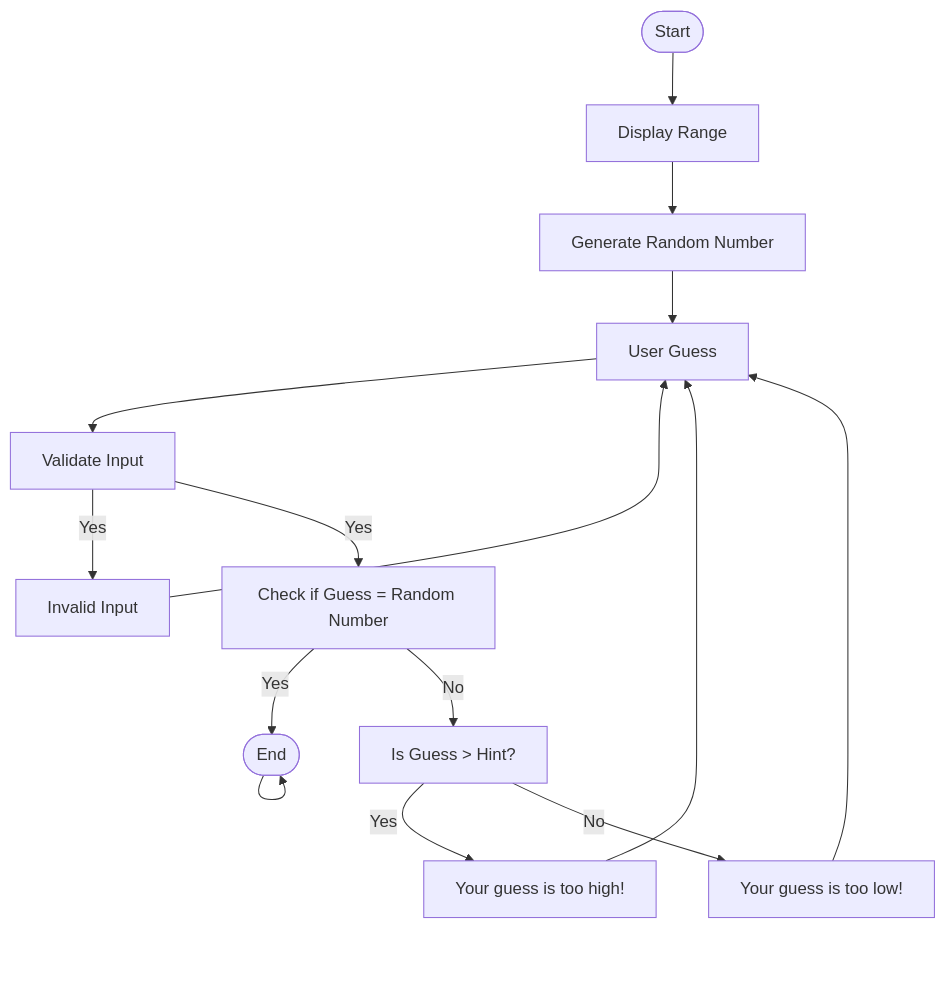
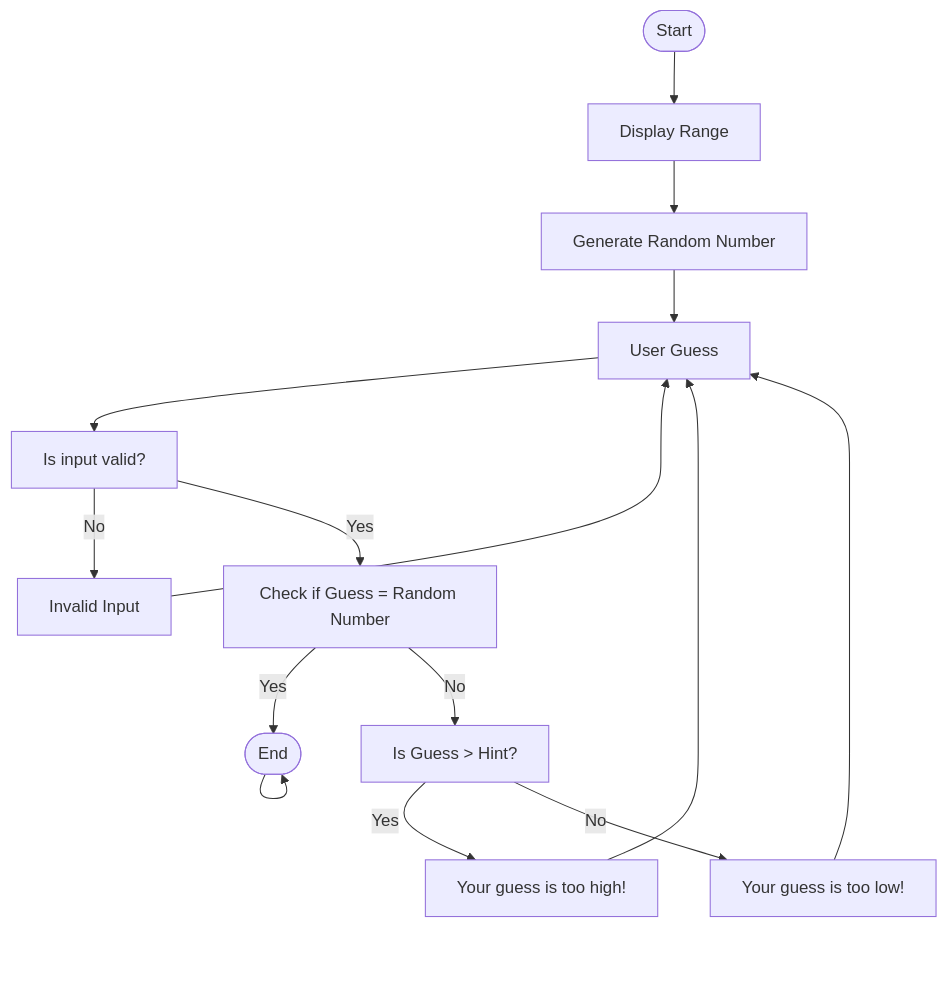
One commit to rfk-waketech/rfk-waketech.github.io changed the diagram in Guessing.md. Above: the diagram before and after it, drawn with Mermaid.

````diff
--- a/Guessing.md
+++ b/Guessing.md
@@ -1,13 +1,13 @@
 ```mermaid
 flowchart TD
 Start([Start]) --> Range[Display Range]
 Range --> Rand[Generate Random Number]
 Rand --> Input[User Guess]
-Input --> Valid[Validate Input]
-Valid --> |Yes| Error[Invalid Input] --> Input
+Input --> Valid[Is input valid?]
+Valid --> |No| Error[Invalid Input] --> Input
 Valid --> |Yes| Check[Check if Guess = Random Number]
 Check --> |Yes| End[You got it right! Congratulations!] --> End([End])
 Check --> |No| Hint[Is Guess > Hint?]
 Hint --> |Yes| High[Your guess is too high!] --> Input
 Hint --> |No| Low[Your guess is too low!] --> Input
 ```
````
